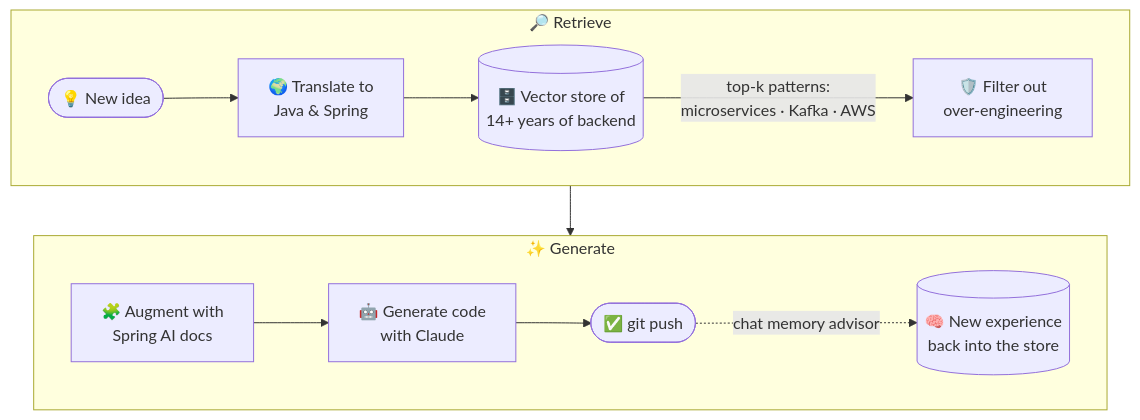
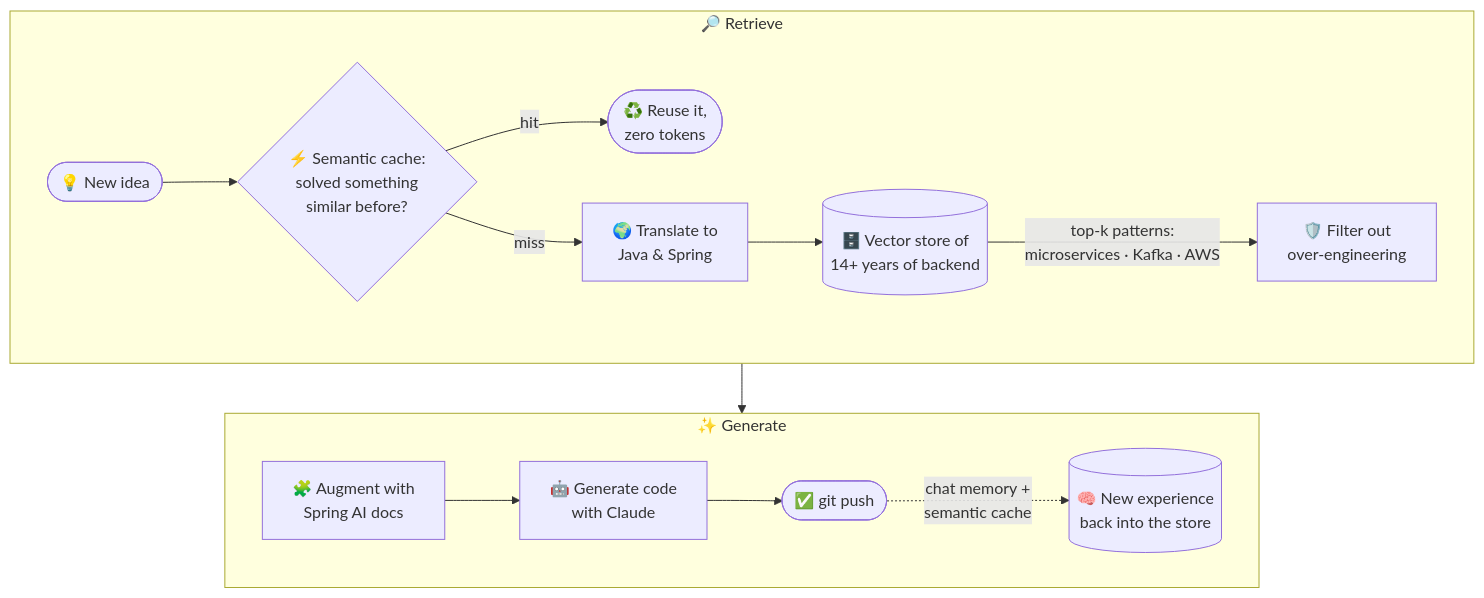
The diagram in README.md (souissimehdi/souissimehdi), drawn with Mermaid before and after one commit. The commit also changed other lines of this file, not shown here.

Commit message:
Add semantic caching to the profile README

````diff
--- a/README.md
+++ b/README.md
@@ -50,12 +50,14 @@
 ```mermaid
 flowchart TB
     subgraph S1 ["🔎 Retrieve"]
         direction LR
-        Q([💡 New idea]) --> T[🌍 Translate to<br/>Java & Spring] --> R[(🗄️ Vector store of<br/>14+ years of backend)] -->|top-k patterns:<br/>microservices · Kafka · AWS| P[🛡️ Filter out<br/>over-engineering]
+        Q([💡 New idea]) --> K{⚡ Semantic cache:<br/>solved something<br/>similar before?}
+        K -->|hit| H([♻️ Reuse it,<br/>zero tokens])
+        K -->|miss| T[🌍 Translate to<br/>Java & Spring] --> R[(🗄️ Vector store of<br/>14+ years of backend)] -->|top-k patterns:<br/>microservices · Kafka · AWS| P[🛡️ Filter out<br/>over-engineering]
     end
     subgraph S2 ["✨ Generate"]
         direction LR
-        A[🧩 Augment with<br/>Spring AI docs] --> G[🤖 Generate code<br/>with Claude] --> C([✅ git push]) -. chat memory advisor .-> M[(🧠 New experience<br/>back into the store)]
+        A[🧩 Augment with<br/>Spring AI docs] --> G[🤖 Generate code<br/>with Claude] --> C([✅ git push]) -. chat memory +<br/>semantic cache .-> M[(🧠 New experience<br/>back into the store)]
     end
     S1 --> S2
 ```
````
